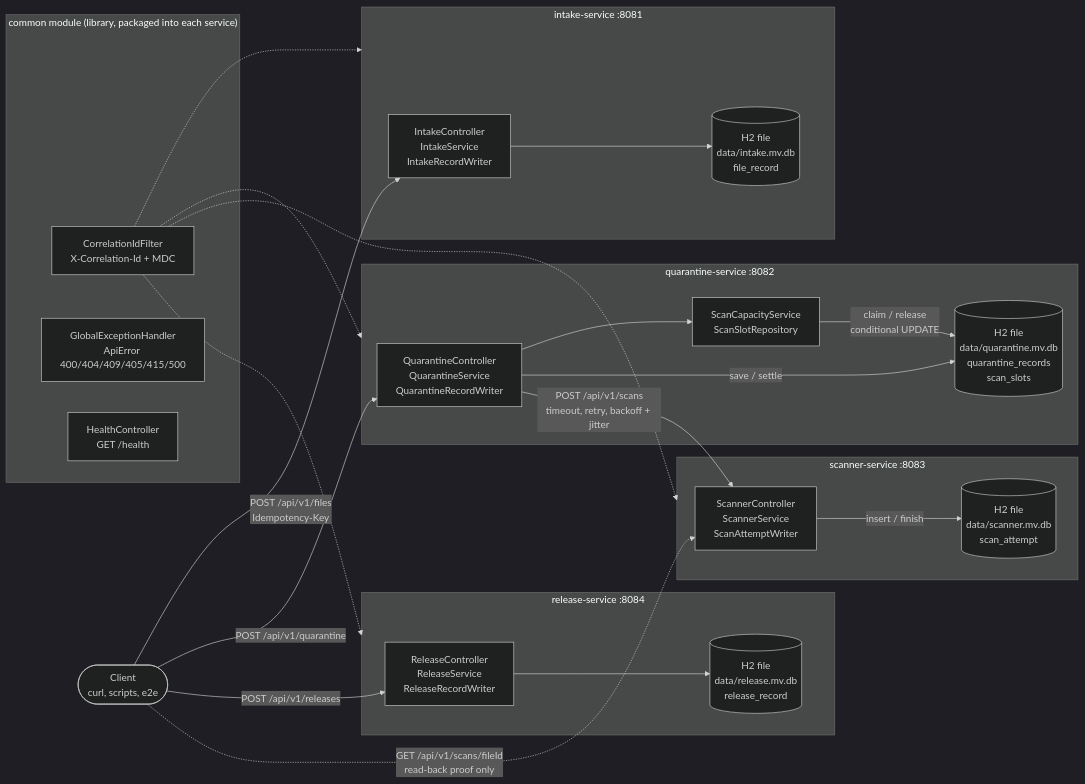
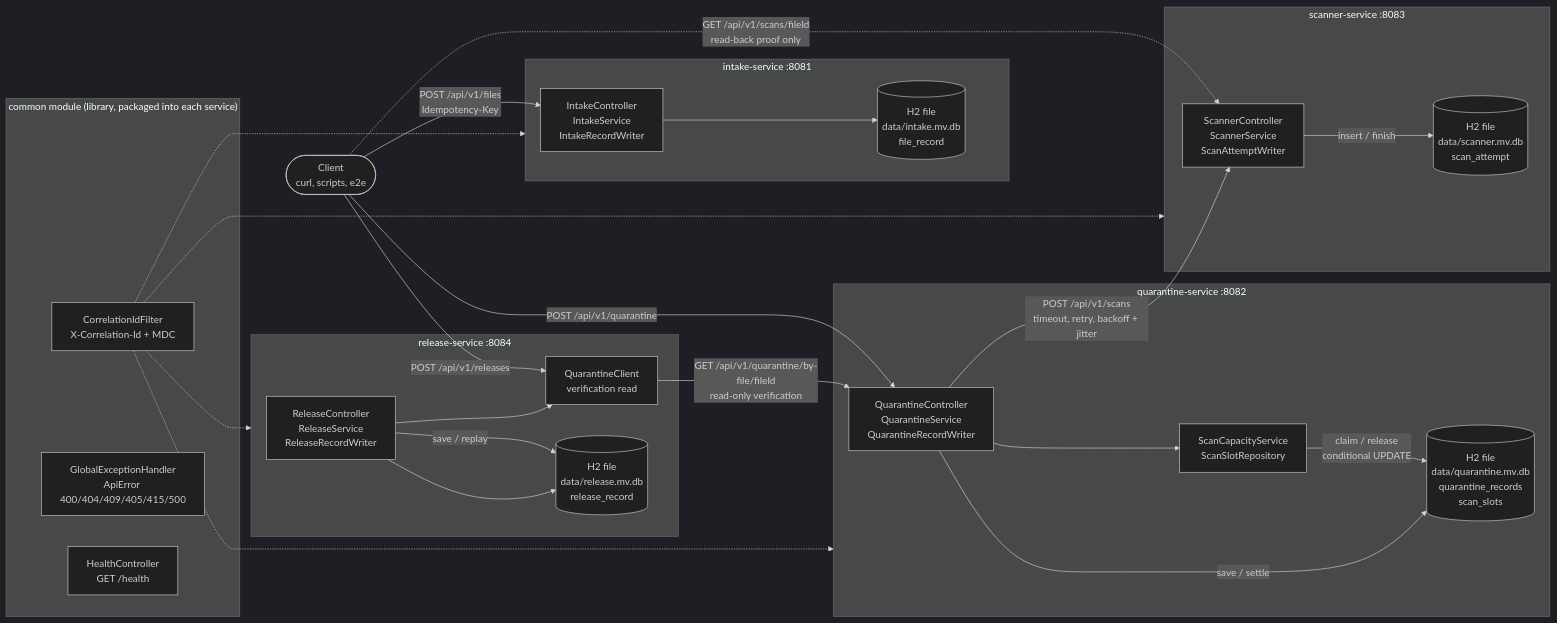
Before and after one commit to 2025tm93006/scalable-services-assignment: the first of 9 diagrams in docs/architecture.md, drawn with Mermaid (dark theme). The commit also changed other lines of this file and 9 other files, not shown here.

````diff
--- a/docs/architecture.md
+++ b/docs/architecture.md
@@ -14,49 +15,53 @@
 ```mermaid
 flowchart LR
     Client([Client<br/>curl, scripts, e2e])
 
     subgraph common["common module (library, packaged into each service)"]
         Filter[CorrelationIdFilter<br/>X-Correlation-Id + MDC]
         Handler[GlobalExceptionHandler<br/>ApiError 400/404/409/405/415/500]
         Health[HealthController<br/>GET /health]
     end
 
     subgraph i["intake-service :8081"]
         Intake[IntakeController<br/>IntakeService<br/>IntakeRecordWriter]
         IDB[("H2 file<br/>data/intake.mv.db<br/>file_record")]
     end
 
     subgraph q["quarantine-service :8082"]
         Quarantine[QuarantineController<br/>QuarantineService<br/>QuarantineRecordWriter]
         Capacity[ScanCapacityService<br/>ScanSlotRepository]
         QDB[("H2 file<br/>data/quarantine.mv.db<br/>quarantine_records<br/>scan_slots")]
     end
 
     subgraph s["scanner-service :8083"]
         Scanner[ScannerController<br/>ScannerService<br/>ScanAttemptWriter]
         SDB[("H2 file<br/>data/scanner.mv.db<br/>scan_attempt")]
     end
 
     subgraph r["release-service :8084"]
         Release[ReleaseController<br/>ReleaseService<br/>ReleaseRecordWriter]
+        Verifier[QuarantineClient<br/>verification read]
         RDB[("H2 file<br/>data/release.mv.db<br/>release_record")]
     end
 
     Client -->|POST /api/v1/files<br/>Idempotency-Key| Intake
     Client -->|POST /api/v1/quarantine| Quarantine
-    Client -->|POST /api/v1/releases| Release
+    Client -->|POST /api/v1/releases| Verifier
     Client -.->|GET /api/v1/scans/fileId<br/>read-back proof only| Scanner
 
+    Verifier -->|GET /api/v1/quarantine/by-file/fileId<br/>read-only verification| Quarantine
+    Release --> Verifier
+    Release -->|save / replay| RDB
     Quarantine --> Capacity
     Capacity -->|claim / release<br/>conditional UPDATE| QDB
     Quarantine -->|save / settle| QDB
     Quarantine -->|POST /api/v1/scans<br/>timeout, retry, backoff + jitter| Scanner
     Scanner -->|insert / finish| SDB
     Intake --> IDB
     Release --> RDB
 
     Filter -.-> i
     Filter -.-> q
     Filter -.-> s
     Filter -.-> r
 ```
````
